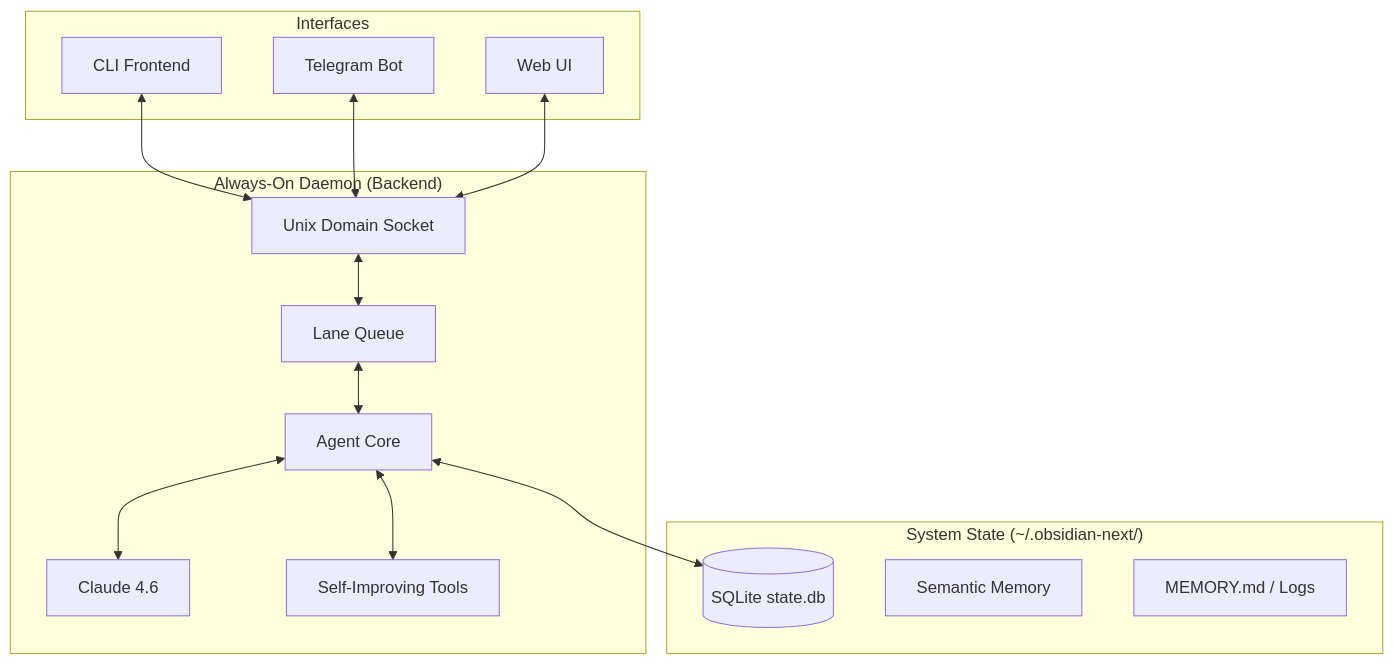
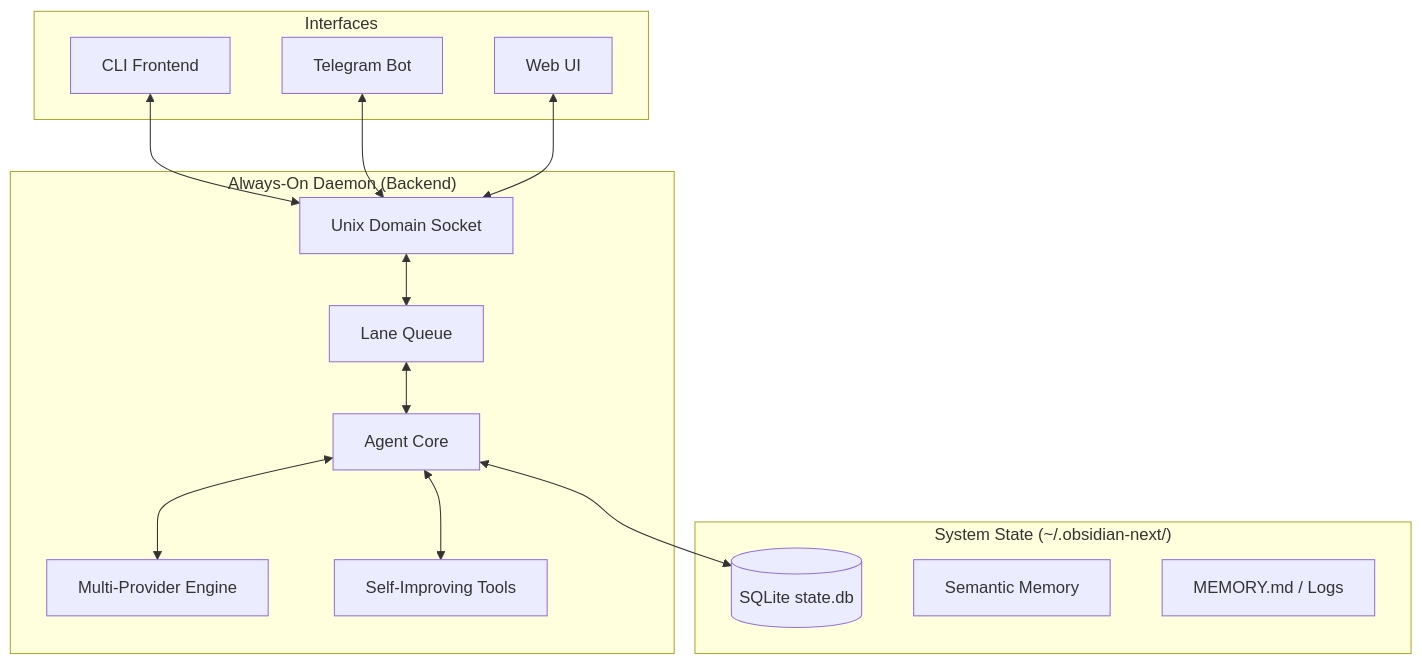
The diagram in README.md (AuroraDeveloperOps/obsidian-next), drawn with Mermaid before and after one commit. The commit also changed other lines of this file and 13 other files, not shown here.

````diff
--- a/README.md
+++ b/README.md
@@ -104,26 +104,26 @@
 ```mermaid
 graph TD
     subgraph "Interfaces"
         CLI[CLI Frontend]
         TG[Telegram Bot]
         Web[Web UI]
     end
 
     subgraph "Always-On Daemon (Backend)"
         Socket[Unix Domain Socket] <--> LaneQueue[Lane Queue]
         LaneQueue <--> Agent[Agent Core]
-        Agent <--> Claude[Claude 4.6]
+        Agent <--> MultiProvider[Multi-Provider Engine]
         Agent <--> Tools[Self-Improving Tools]
     end
 
     subgraph "System State (~/.obsidian-next/)"
         DB[(SQLite state.db)]
         Vector[Semantic Memory]
         MD[MEMORY.md / Logs]
     end
 
     CLI <--> Socket
     TG <--> Socket
     Web <--> Socket
     Agent <--> DB
 ```
````
